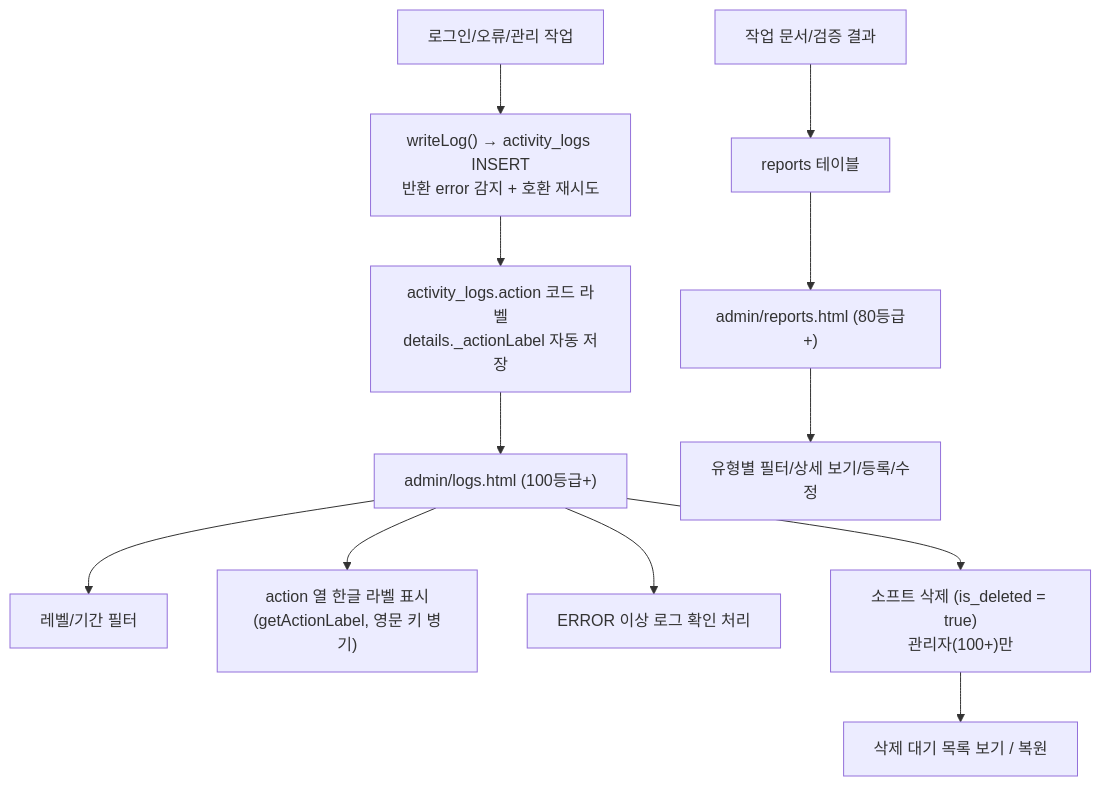
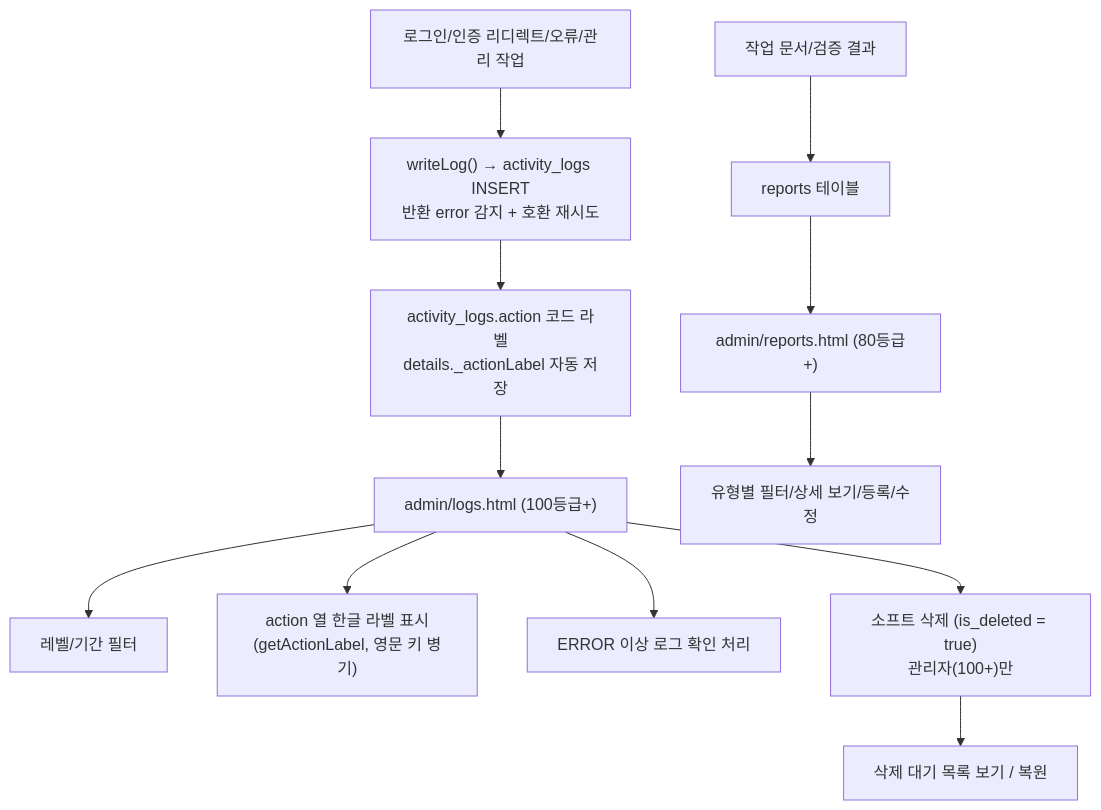
One commit to CHO-Talents-Test/CHO-Talents-Test changed diagram 12 of 15 in docs/PROJECT_ARCHITECTURE_FLOW.md. Above: the diagram before and after it, drawn with Mermaid. The commit also changed other lines of this file and 48 other files, not shown here.

````diff
--- a/docs/PROJECT_ARCHITECTURE_FLOW.md
+++ b/docs/PROJECT_ARCHITECTURE_FLOW.md
@@ -507,15 +511,15 @@
 ```mermaid
 flowchart TD
-  Event["로그인/오류/관리 작업"] --> WriteLog["writeLog() → activity_logs INSERT<br/>반환 error 감지 + 호환 재시도"]
+  Event["로그인/인증 리디렉트/오류/관리 작업"] --> WriteLog["writeLog() → activity_logs INSERT<br/>반환 error 감지 + 호환 재시도"]
   WriteLog --> ActionLabel["activity_logs.action 코드 라벨<br/>details._actionLabel 자동 저장"]
   ActionLabel --> Logs["admin/logs.html (100등급+)"]
   Logs --> Filter["레벨/기간 필터"]
   Logs --> KoLabel["action 열 한글 라벨 표시<br/>(getActionLabel, 영문 키 병기)"]
   Logs --> Ack["ERROR 이상 로그 확인 처리"]
   Logs --> SoftDel["소프트 삭제 (is_deleted = true)<br/>관리자(100+)만"]
   SoftDel --> DelView["삭제 대기 목록 보기 / 복원"]
 
   Docs["작업 문서/검증 결과"] --> ReportsTable["reports 테이블"]
   ReportsTable --> Reports["admin/reports.html (80등급+)"]
   Reports --> ReportView["유형별 필터/상세 보기/등록/수정"]
 ```
````
